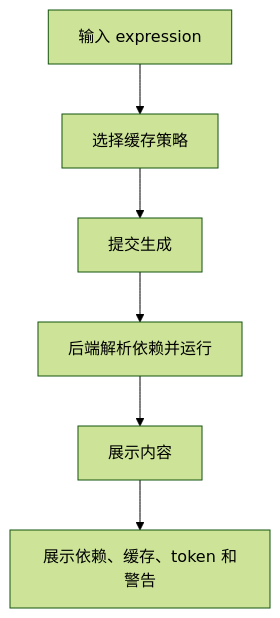
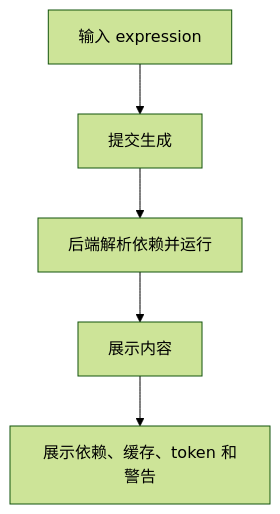
The third of 3 diagrams in docs/design/app-web.md (mark0725/prompts-glue), drawn with Mermaid (forest theme) before and after one commit. The commit also changed other lines of this file and 34 other files, not shown here.

````diff
--- a/docs/design/app-web.md
+++ b/docs/design/app-web.md
@@ -68,8 +68,7 @@
 ```mermaid
 flowchart TD
-    A[输入 expression] --> B[选择缓存策略]
-    B --> C[提交生成]
-    C --> D[后端解析依赖并运行]
-    D --> E[展示内容]
-    E --> F[展示依赖、缓存、token 和警告]
+    A[输入 expression] --> B[提交生成]
+    B --> C[后端解析依赖并运行]
+    C --> D[展示内容]
+    D --> E[展示依赖、缓存、token 和警告]
 ```
````
